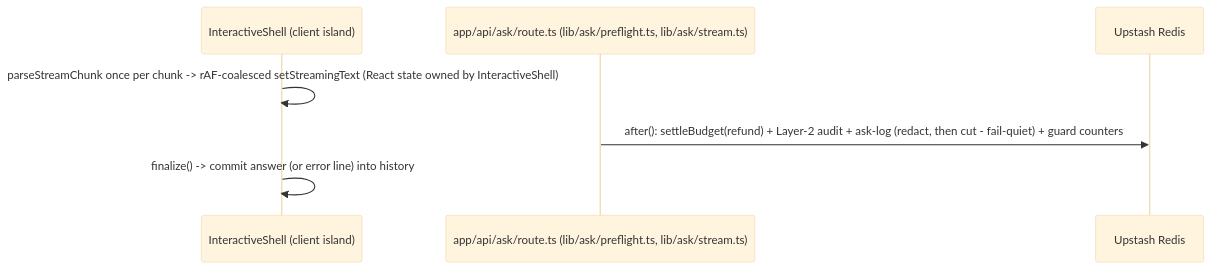
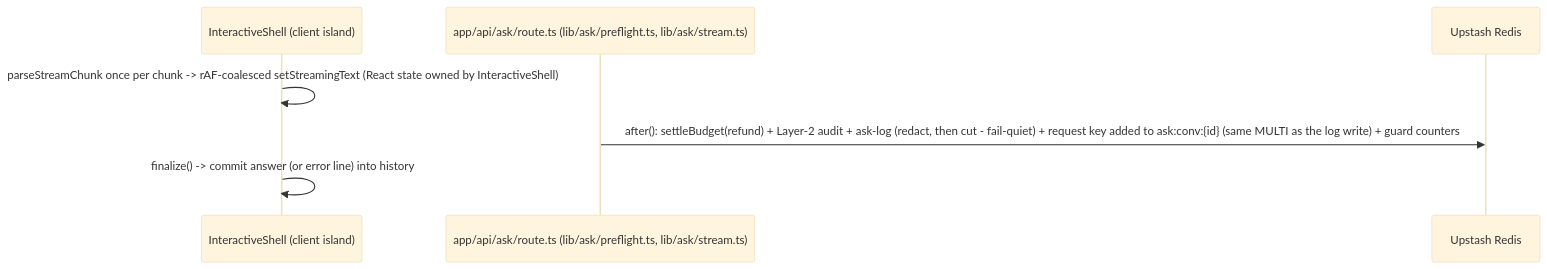
The tenth of 14 diagrams in docs/03-rendering-and-data-flow.md (erikunha/portfolio), drawn with Mermaid (base theme) before and after one commit. The commit also changed 5 other files, not shown here.

````diff
--- a/docs/03-rendering-and-data-flow.md
+++ b/docs/03-rendering-and-data-flow.md
@@ -220,10 +220,10 @@
 ```mermaid
 sequenceDiagram
     participant U as InteractiveShell (client island)
     participant R as app/api/ask/route.ts (lib/ask/preflight.ts, lib/ask/stream.ts)
     participant KV as Upstash Redis
 
     U->>U: parseStreamChunk once per chunk -> rAF-coalesced setStreamingText (React state owned by InteractiveShell)
-    R->>KV: after(): settleBudget(refund) + Layer-2 audit + ask-log (redact, then cut - fail-quiet) + guard counters
+    R->>KV: after(): settleBudget(refund) + Layer-2 audit + ask-log (redact, then cut - fail-quiet) + request key added to ask:conv:{id} (same MULTI as the log write) + guard counters
     U->>U: finalize() -> commit answer (or error line) into history
 ```
````
